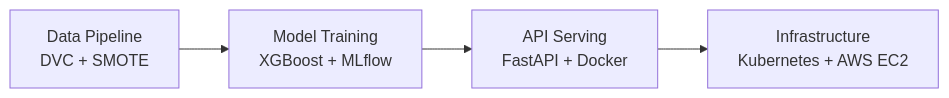
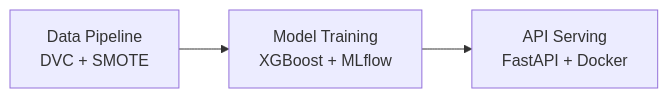
One commit to Saksham2410del/mlops-fraud-detection changed the diagram in README.md. Above: the diagram before and after it, drawn with Mermaid. The commit also changed other lines of this file and 28 other files, not shown here.

````diff
--- a/README.md
+++ b/README.md
@@ -7,6 +15,5 @@
 ```mermaid
 graph LR
     A[Data Pipeline<br/>DVC + SMOTE] --> B[Model Training<br/>XGBoost + MLflow]
     B --> C[API Serving<br/>FastAPI + Docker]
-    C --> D[Infrastructure<br/>Kubernetes + AWS EC2]
 ```
````
